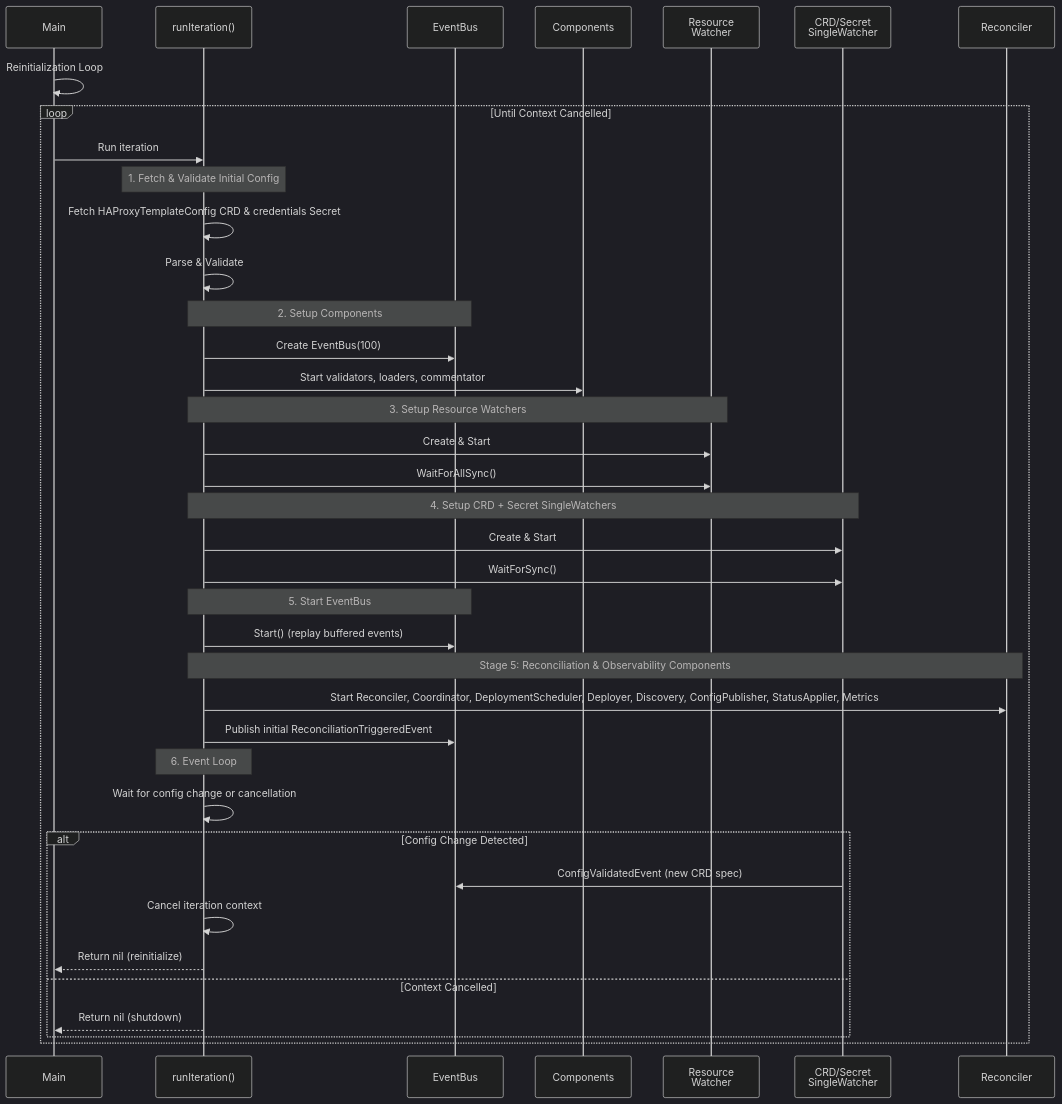
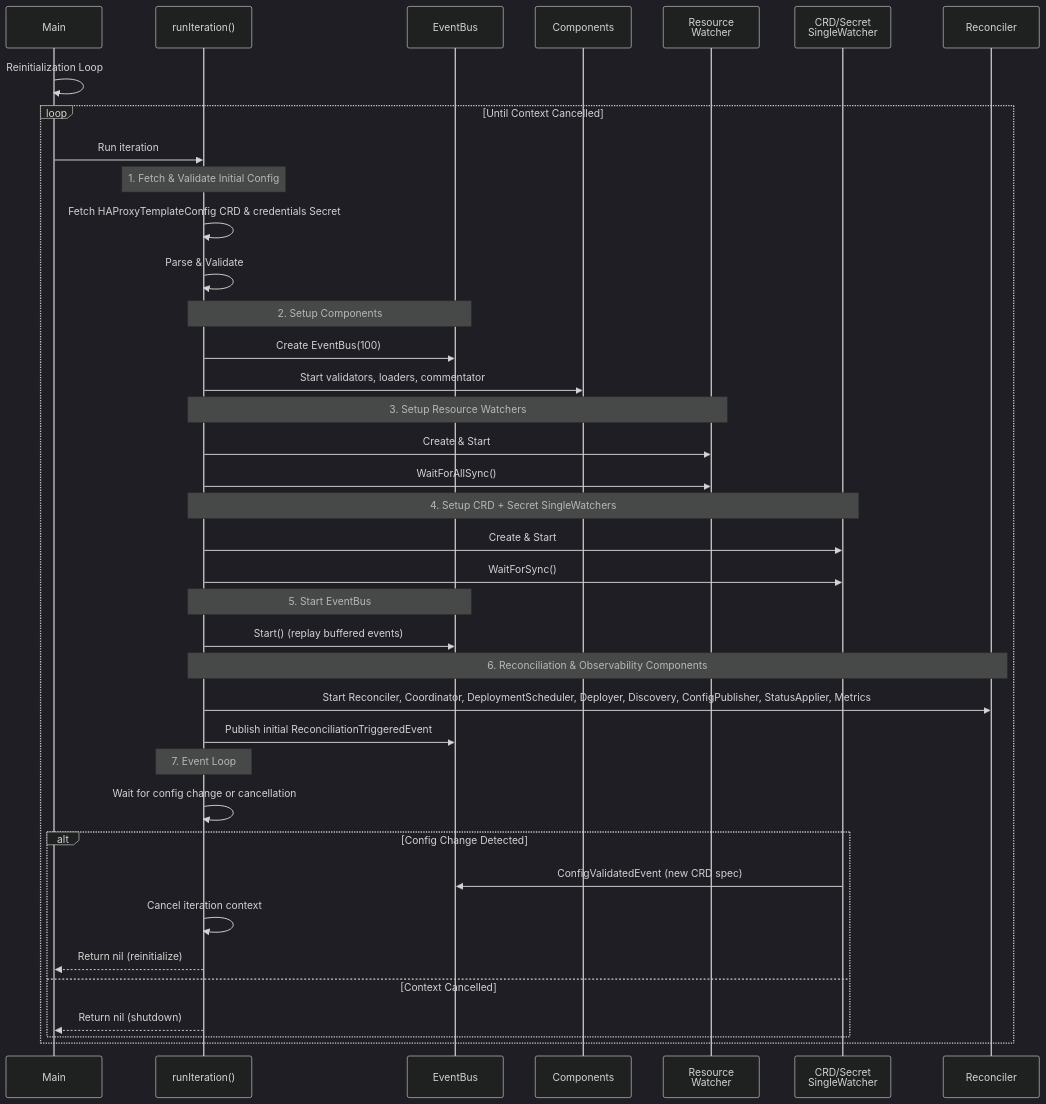
One commit to HAProxy-Template-IC/haproxy-template-ingress-controller changed the first of 4 diagrams in docs/site/docs/development/design/sequence-diagrams.md. Above: the diagram before and after it, drawn with Mermaid (dark theme). The commit also changed 50 other files, not shown here.

````diff
--- a/docs/site/docs/development/design/sequence-diagrams.md
+++ b/docs/site/docs/development/design/sequence-diagrams.md
@@ -7,50 +7,50 @@
 ```mermaid
 sequenceDiagram
     participant Main
     participant Iteration as runIteration()
     participant EventBus
     participant Components
     participant ResourceWatcher as Resource<br/>Watcher
     participant CRDSingleWatcher as CRD/Secret<br/>SingleWatcher
     participant Reconciler
 
     Main->>Main: Reinitialization Loop
 
     loop Until Context Cancelled
         Main->>Iteration: Run iteration
 
         Note over Iteration: 1. Fetch & Validate Initial Config
         Iteration->>Iteration: Fetch HAProxyTemplateConfig CRD & credentials Secret
         Iteration->>Iteration: Parse & Validate
 
         Note over Iteration,EventBus: 2. Setup Components
         Iteration->>EventBus: Create EventBus(100)
         Iteration->>Components: Start validators, loaders, commentator
 
         Note over Iteration,ResourceWatcher: 3. Setup Resource Watchers
         Iteration->>ResourceWatcher: Create & Start
         Iteration->>ResourceWatcher: WaitForAllSync()
 
         Note over Iteration,CRDSingleWatcher: 4. Setup CRD + Secret SingleWatchers
         Iteration->>CRDSingleWatcher: Create & Start
         Iteration->>CRDSingleWatcher: WaitForSync()
 
         Note over Iteration,EventBus: 5. Start EventBus
         Iteration->>EventBus: Start() (replay buffered events)
 
-        Note over Iteration,Reconciler: Stage 5: Reconciliation & Observability Components
+        Note over Iteration,Reconciler: 6. Reconciliation & Observability Components
         Iteration->>Reconciler: Start Reconciler, Coordinator, DeploymentScheduler, Deployer, Discovery, ConfigPublisher, StatusApplier, Metrics
         Iteration->>EventBus: Publish initial ReconciliationTriggeredEvent
 
-        Note over Iteration: 6. Event Loop
+        Note over Iteration: 7. Event Loop
         Iteration->>Iteration: Wait for config change or cancellation
 
         alt Config Change Detected
             CRDSingleWatcher->>EventBus: ConfigValidatedEvent (new CRD spec)
             Iteration->>Iteration: Cancel iteration context
             Iteration-->>Main: Return nil (reinitialize)
         else Context Cancelled
             Iteration-->>Main: Return nil (shutdown)
         end
     end
 ```
````
